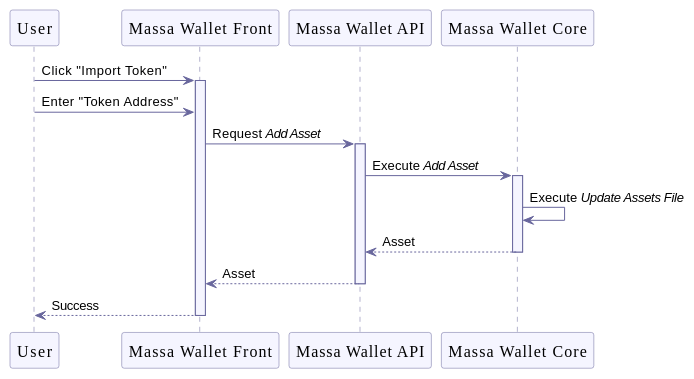
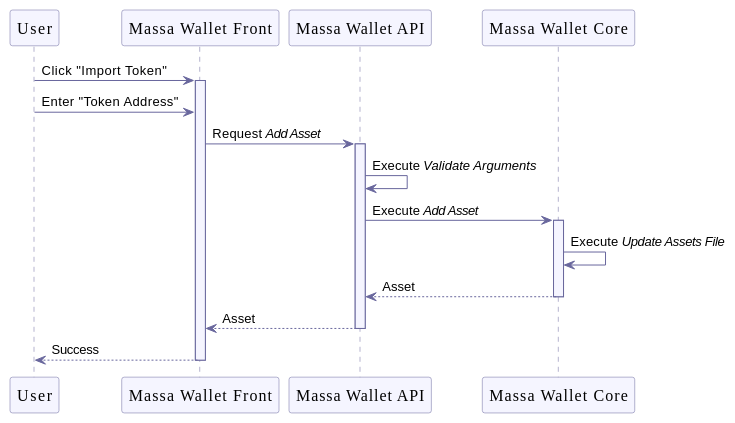
The fifth of 10 diagrams in documentation/wallet.adoc (massalabs/station-massa-wallet), drawn with PlantUML before and after one commit. The commit also changed other lines of this file, not shown here.

```diff
--- a/documentation/wallet.adoc
+++ b/documentation/wallet.adoc
@@ -374,33 +372,34 @@
 [plantuml, format="svg", id="add-asset", width="100%", role="center-image", options="interactive"]
 ----
 @startuml
 
 skinparam FontName Poppins
 
 skinparam sequence {
     ArrowColor #69679D
     LifeLineBorderColor #69679D
     LifeLineBackgroundColor #F5F5FF
 
     ParticipantBorderColor #69679D
     ParticipantBackgroundColor #F5F5FF
     ParticipantFontName Poppins
     ParticipantFontSize 16
     ParticipantFontColor #000000
 }
 
 participant "User" as user
 participant "Massa Wallet Front" as wallet_front
 participant "Massa Wallet API" as wallet_api
 participant "Massa Wallet Core" as wallet_core
 
 user -> wallet_front ++ : Click "Import Token"
 user -> wallet_front : Enter "Token Address"
     wallet_front -> wallet_api ++: Request //Add Asset//
+    wallet_api -> wallet_api: Execute //Validate Arguments//
         wallet_api -> wallet_core ++: Execute //Add Asset//
             wallet_core -> wallet_core: Execute //Update Assets File//
         return Asset
     return Asset
 return Success
 @enduml
 ----
```
